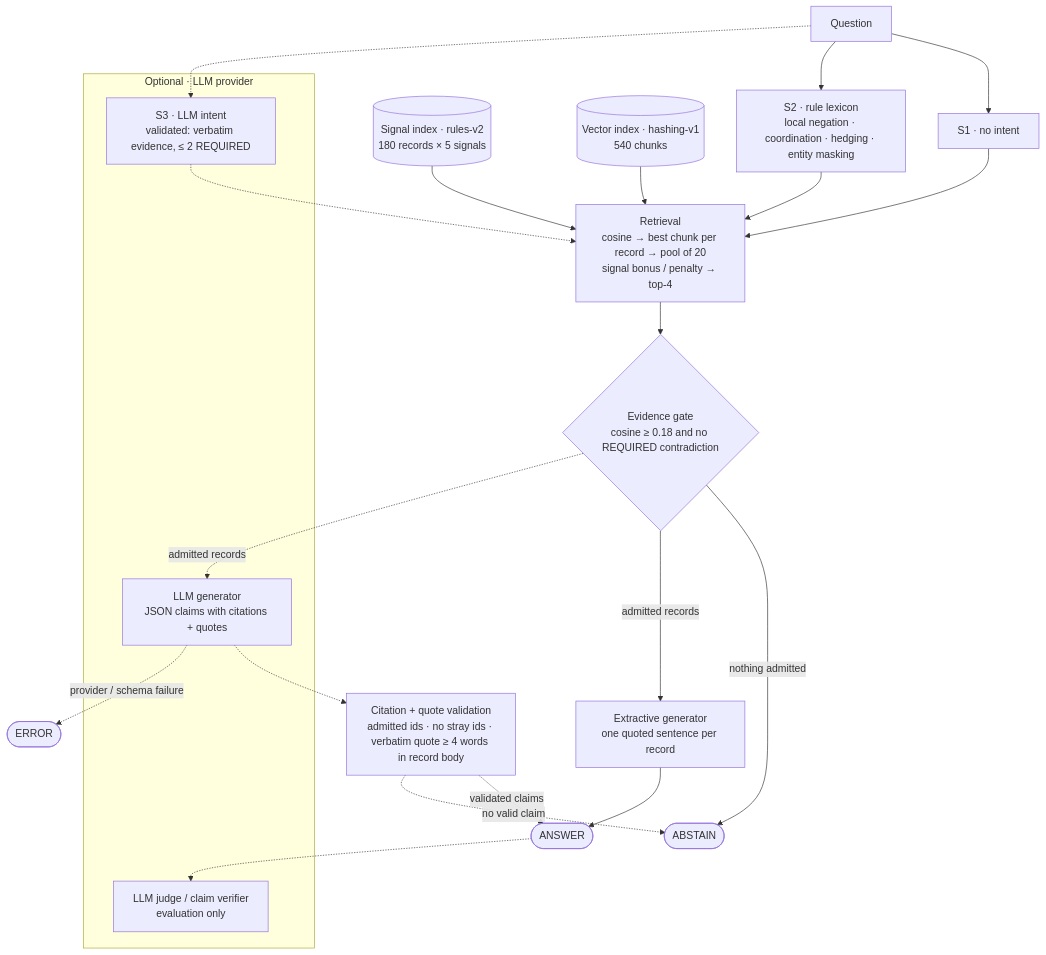
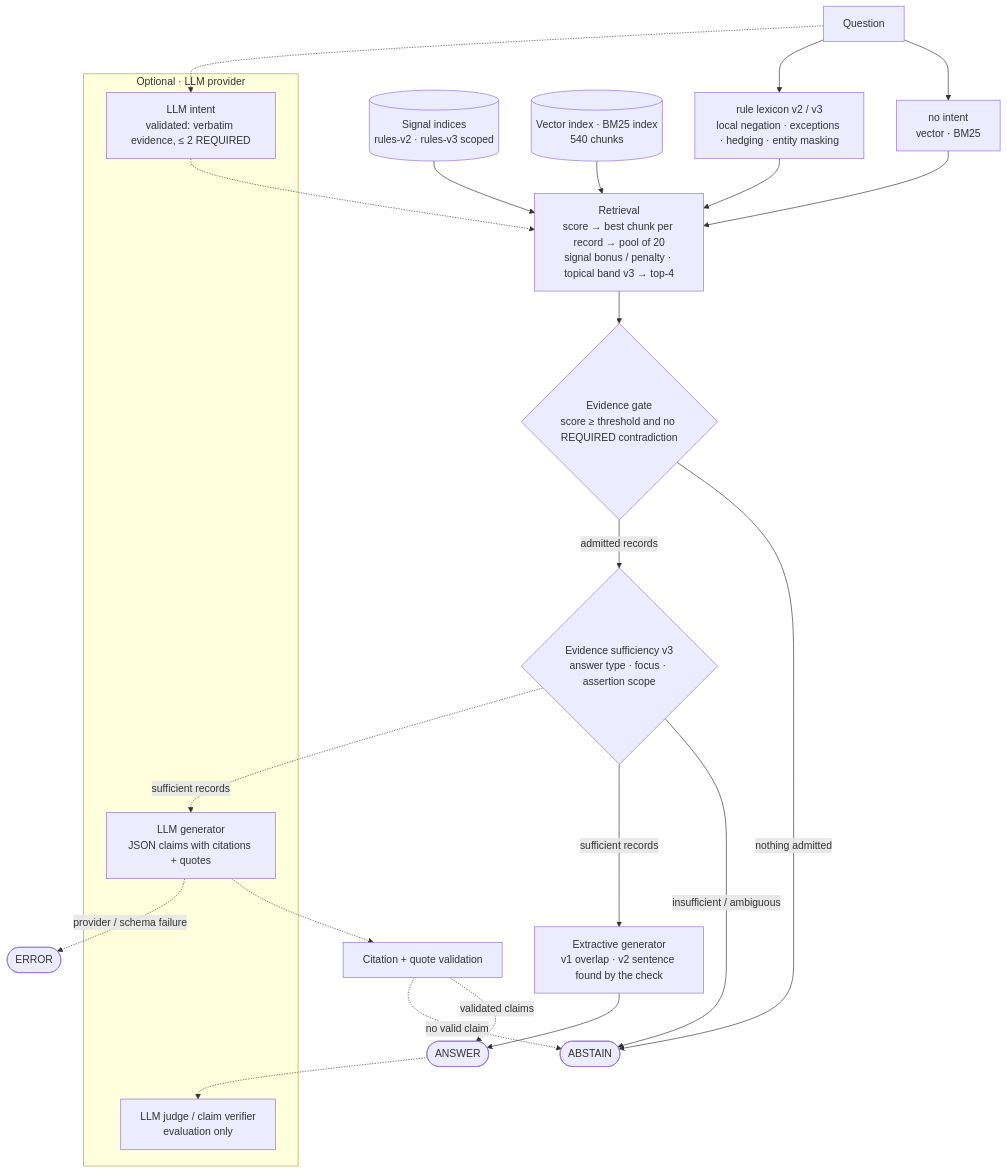
The diagram in docs/architecture.md (LorenzoNMachado/decision-intelligence-rag), drawn with Mermaid before and after one commit. The commit also changed other lines of this file and 8 other files, not shown here.

````diff
--- a/docs/architecture.md
+++ b/docs/architecture.md
@@ -10,26 +10,28 @@
 ```mermaid
 flowchart TD
-    Q[Question] --> P1[S1 · no intent]
-    Q --> P2[S2 · rule lexicon<br/>local negation · coordination · hedging · entity masking]
+    Q[Question] --> P1[no intent<br/>vector · BM25]
+    Q --> P2[rule lexicon v2 / v3<br/>local negation · exceptions · hedging · entity masking]
     subgraph LLM ["Optional · LLM provider"]
-        P3[S3 · LLM intent<br/>validated: verbatim evidence, ≤ 2 REQUIRED]
+        P3[LLM intent<br/>validated: verbatim evidence, ≤ 2 REQUIRED]
         LG[LLM generator<br/>JSON claims with citations + quotes]
         J[LLM judge / claim verifier<br/>evaluation only]
     end
     Q -.-> P3
-    SI[(Signal index · rules-v2<br/>180 records × 5 signals)] --> R
-    VI[(Vector index · hashing-v1<br/>540 chunks)] --> R
+    SI[(Signal indices<br/>rules-v2 · rules-v3 scoped)] --> R
+    VI[(Vector index · BM25 index<br/>540 chunks)] --> R
     P1 --> R
     P2 --> R
     P3 -.-> R
-    R[Retrieval<br/>cosine → best chunk per record → pool of 20<br/>signal bonus / penalty → top-4] --> G{Evidence gate<br/>cosine ≥ 0.18 and no REQUIRED contradiction}
+    R[Retrieval<br/>score → best chunk per record → pool of 20<br/>signal bonus / penalty · topical band v3 → top-4] --> G{Evidence gate<br/>score ≥ threshold and no REQUIRED contradiction}
     G -->|nothing admitted| ABS([ABSTAIN])
-    G -->|admitted records| EX[Extractive generator<br/>one quoted sentence per record]
-    G -.->|admitted records| LG
+    G -->|admitted records| S{Evidence sufficiency v3<br/>answer type · focus · assertion scope}
+    S -->|insufficient / ambiguous| ABS
+    S -->|sufficient records| EX[Extractive generator<br/>v1 overlap · v2 sentence found by the check]
+    S -.->|sufficient records| LG
     EX --> ANS([ANSWER])
-    LG -.-> CV[Citation + quote validation<br/>admitted ids · no stray ids · verbatim quote ≥ 4 words in record body]
+    LG -.-> CV[Citation + quote validation]
     CV -.->|validated claims| ANS
     CV -.->|no valid claim| ABS
     LG -.->|provider / schema failure| ERR([ERROR])
     ANS -.-> J
 ```
````
